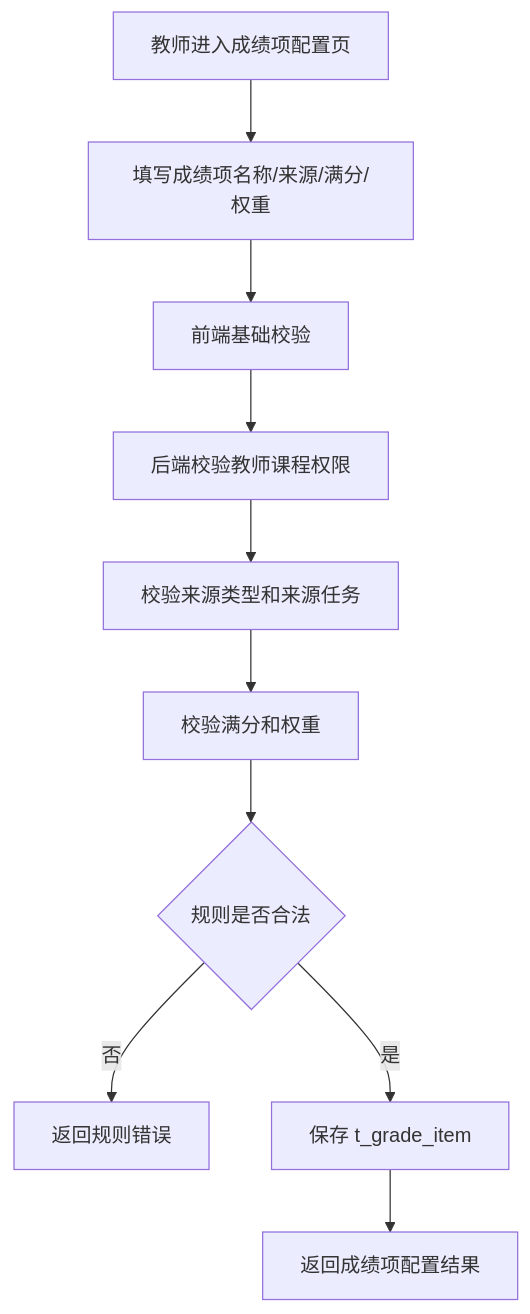
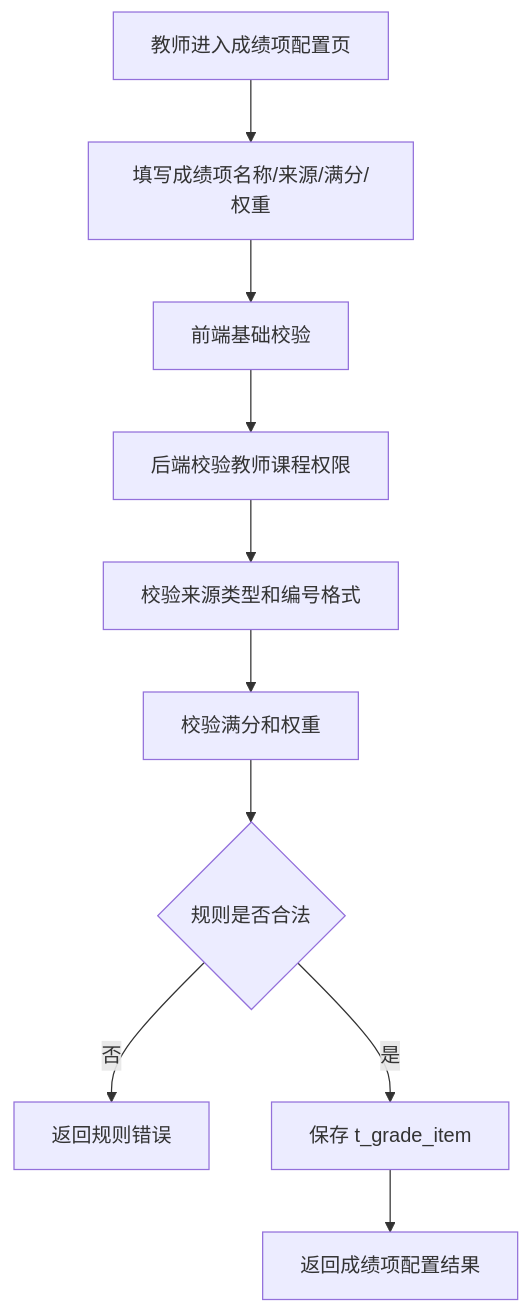
Diagram 47 of 53 in docs/最终提交/软件详细设计说明书.md (Cr4zyorange/OnlineJudge), drawn with Mermaid before and after one commit. The commit also changed 6 other files, not shown here.

Commit message:
docs(grd): align source and review flows

````diff
--- a/docs/最终提交/软件详细设计说明书.md
+++ b/docs/最终提交/软件详细设计说明书.md
@@ -4915,12 +4915,12 @@
 ```mermaid
 flowchart TD
     A[教师进入成绩项配置页] --> B[填写成绩项名称/来源/满分/权重]
     B --> C[前端基础校验]
     C --> D[后端校验教师课程权限]
-    D --> E[校验来源类型和来源任务]
+    D --> E[校验来源类型和编号格式]
     E --> F[校验满分和权重]
     F --> G{规则是否合法}
     G -->|否| H[返回规则错误]
     G -->|是| I[保存 t_grade_item]
     I --> J[返回成绩项配置结果]
 ```
````
